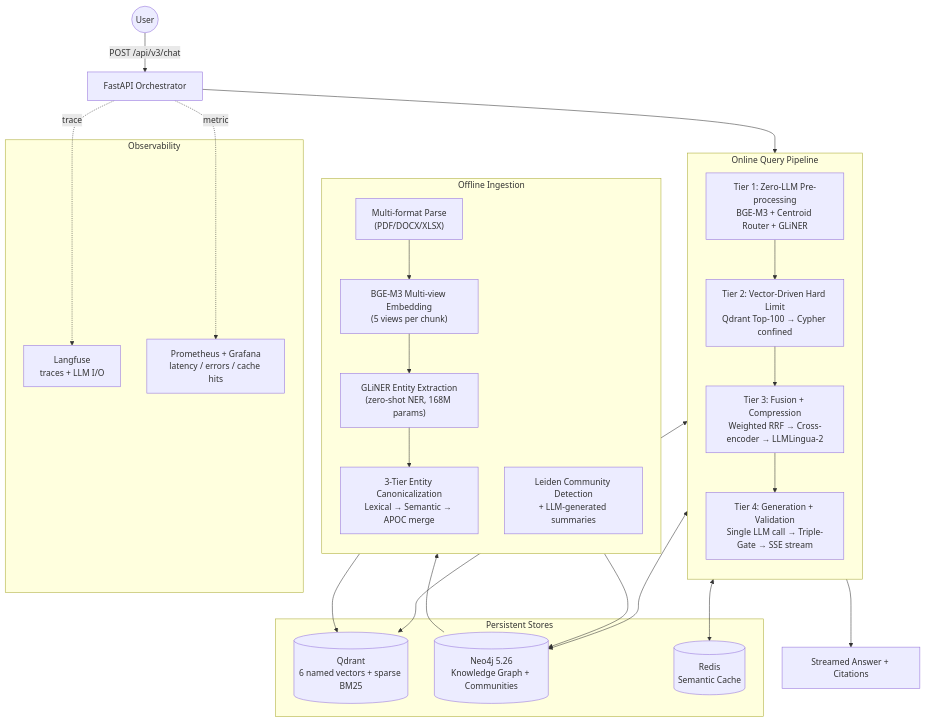
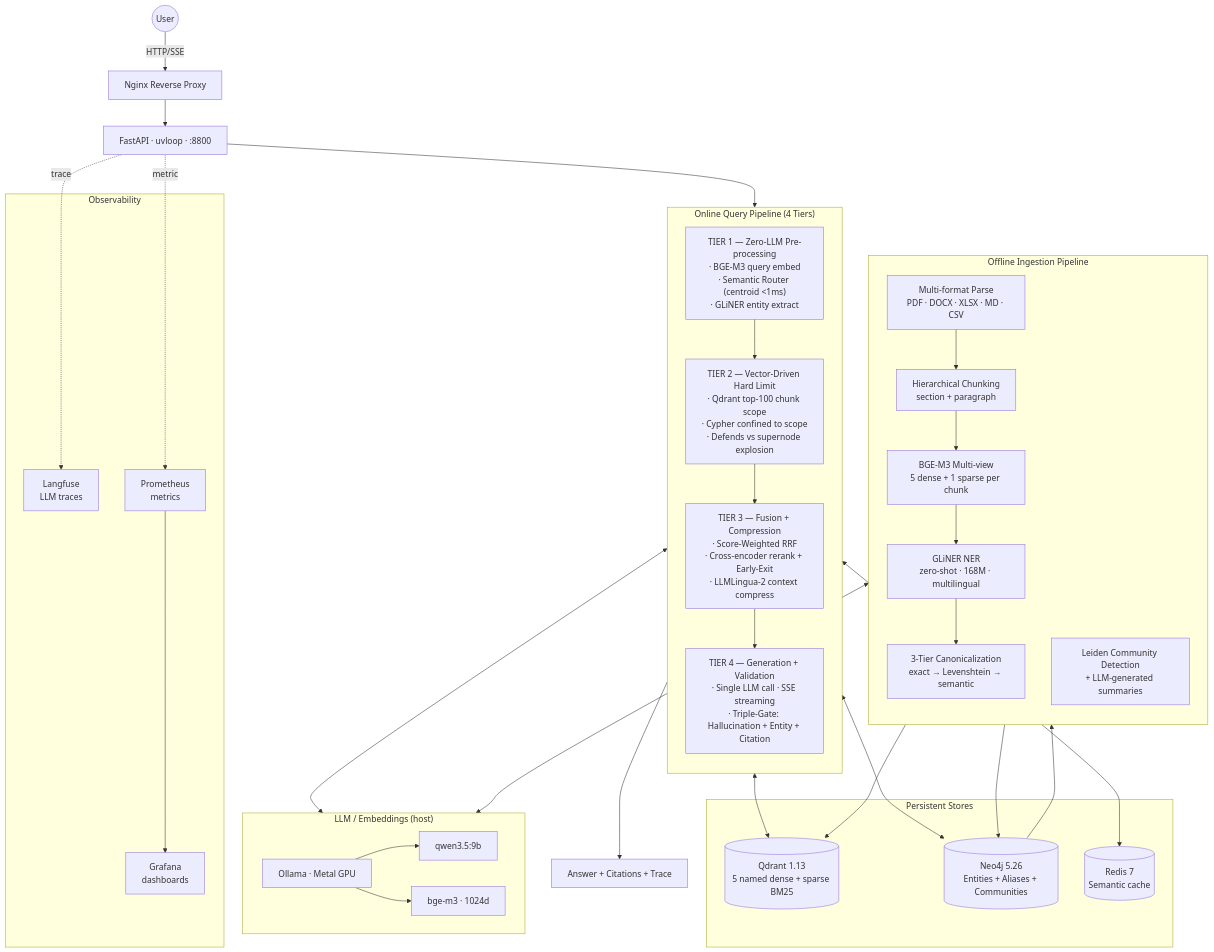
The diagram in README.md (vudang4494/VRAG), drawn with Mermaid before and after one commit. The commit also changed other lines of this file, not shown here.

````diff
--- a/README.md
+++ b/README.md
@@ -80,44 +163,62 @@
 ```mermaid
-flowchart TD
-    User((User)) -->|POST /api/v3/chat| API[FastAPI Orchestrator]
+flowchart TB
+    User((User))
+    User -->|HTTP/SSE| Nginx[Nginx Reverse Proxy]
+    Nginx --> API[FastAPI · uvloop · :8800]
 
-    subgraph Online["Online Query Pipeline"]
+    subgraph Online["Online Query Pipeline (4 Tiers)"]
       direction TB
-      T1["Tier 1: Zero-LLM Pre-processing<br/>BGE-M3 + Centroid Router + GLiNER"]
-      T2["Tier 2: Vector-Driven Hard Limit<br/>Qdrant Top-100 → Cypher confined"]
-      T3["Tier 3: Fusion + Compression<br/>Weighted RRF → Cross-encoder → LLMLingua-2"]
-      T4["Tier 4: Generation + Validation<br/>Single LLM call → Triple-Gate → SSE stream"]
+      T1["TIER 1 — Zero-LLM Pre-processing<br/>· BGE-M3 query embed<br/>· Semantic Router (centroid <1ms)<br/>· GLiNER entity extract"]
+      T2["TIER 2 — Vector-Driven Hard Limit<br/>· Qdrant top-100 chunk scope<br/>· Cypher confined to scope<br/>· Defends vs supernode explosion"]
+      T3["TIER 3 — Fusion + Compression<br/>· Score-Weighted RRF<br/>· Cross-encoder rerank + Early-Exit<br/>· LLMLingua-2 context compress"]
+      T4["TIER 4 — Generation + Validation<br/>· Single LLM call · SSE streaming<br/>· Triple-Gate: Hallucination + Entity + Citation"]
       T1 --> T2 --> T3 --> T4
     end
 
-    API --> Online --> Resp[Streamed Answer + Citations]
+    API --> Online --> Resp[Answer + Citations + Trace]
 
     subgraph Stores["Persistent Stores"]
-      Qdrant[(Qdrant<br/>6 named vectors + sparse BM25)]
-      Neo4j[(Neo4j 5.26<br/>Knowledge Graph + Communities)]
-      Redis[(Redis<br/>Semantic Cache)]
+      Qdrant[(Qdrant 1.13<br/>5 named dense + sparse BM25)]
+      Neo4j[(Neo4j 5.26<br/>Entities + Aliases + Communities)]
+      Redis[(Redis 7<br/>Semantic cache)]
     end
 
     Online <--> Qdrant
     Online <--> Neo4j
     Online <--> Redis
 
-    subgraph Offline["Offline Ingestion"]
+    subgraph Offline["Offline Ingestion Pipeline"]
       direction TB
-      Chunk["Multi-format Parse<br/>(PDF/DOCX/XLSX)"]
-      Embed["BGE-M3 Multi-view Embedding<br/>(5 views per chunk)"]
-      NER["GLiNER Entity Extraction<br/>(zero-shot NER, 168M params)"]
-      Canon["3-Tier Entity Canonicalization<br/>Lexical → Semantic → APOC merge"]
+      Parse["Multi-format Parse<br/>PDF · DOCX · XLSX · MD · CSV"]
+      Chunk["Hierarchical Chunking<br/>section + paragraph"]
+      Embed["BGE-M3 Multi-view<br/>5 dense + 1 sparse per chunk"]
+      NER["GLiNER NER<br/>zero-shot · 168M · multilingual"]
+      Canon["3-Tier Canonicalization<br/>exact → Levenshtein → semantic"]
       Comm["Leiden Community Detection<br/>+ LLM-generated summaries"]
-      Chunk --> Embed --> Qdrant
-      Embed --> NER --> Canon --> Neo4j --> Comm
+      Parse --> Chunk --> Embed
+      Embed --> Qdrant
+      Embed --> NER --> Canon --> Neo4j
+      Neo4j --> Comm
     end
 
-    subgraph Obs["Observability"]
-      Langfuse[Langfuse<br/>traces + LLM I/O]
-      Prom[Prometheus + Grafana<br/>latency / errors / cache hits]
+    subgraph Models["LLM / Embeddings (host)"]
+      Ollama[Ollama · Metal GPU]
+      Qwen[qwen3.5:9b]
+      BGE[bge-m3 · 1024d]
+      Ollama --> Qwen
+      Ollama --> BGE
     end
 
-    API -.->|trace| Langfuse
+    Online <--> Models
+    Offline <--> Models
+
+    subgraph Obs["Observability"]
+      LF[Langfuse<br/>LLM traces]
+      Prom[Prometheus<br/>metrics]
+      Graf[Grafana<br/>dashboards]
+      Prom --> Graf
+    end
+
+    API -.->|trace| LF
     API -.->|metric| Prom
 ```
````
